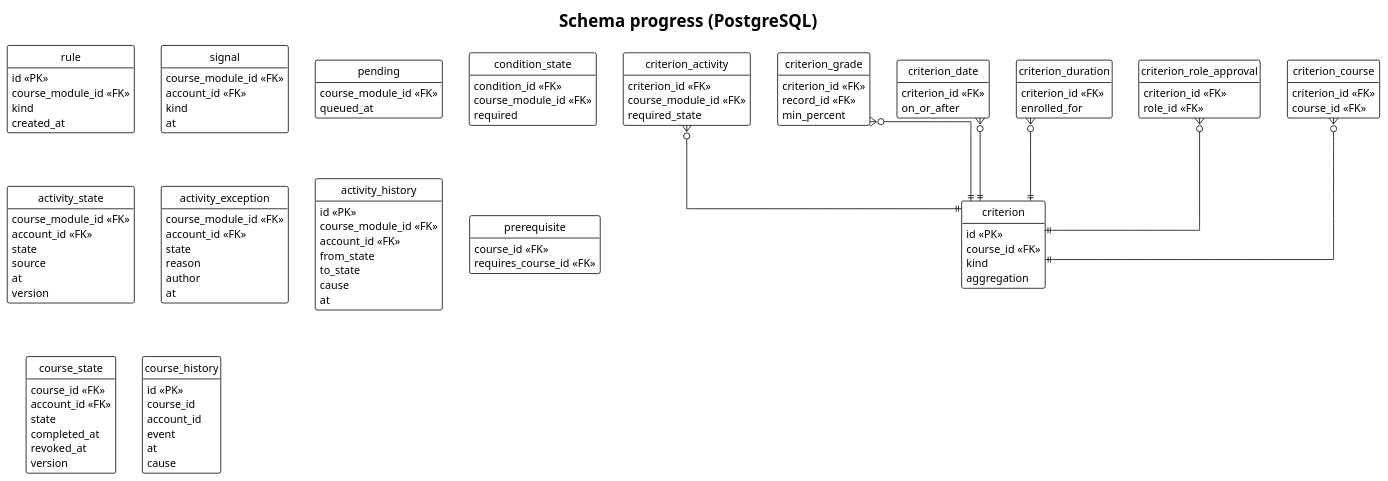
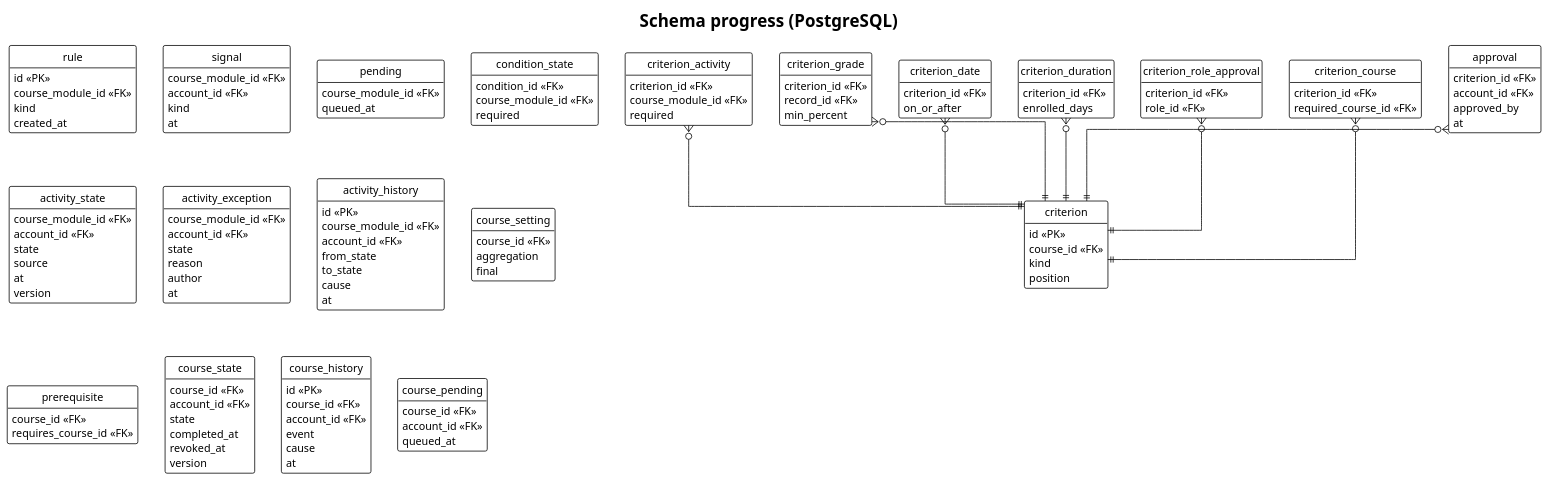
Before and after one commit to didactika/kampus: the diagram in docs/03-design/data-model/progress.puml, drawn with PlantUML. The commit also changed 25 other files, not shown here.

```diff
--- a/docs/03-design/data-model/progress.puml
+++ b/docs/03-design/data-model/progress.puml
@@ -1,113 +1,130 @@
 @startuml
 !theme plain
 hide empty members
 hide circle
 skinparam linetype ortho
 title Schema progress (PostgreSQL)
 
 entity rule {
   id <<PK>>
   course_module_id <<FK>>
   kind
   created_at
 }
 entity signal {
   course_module_id <<FK>>
   account_id <<FK>>
   kind
   at
 }
 entity pending {
   course_module_id <<FK>>
   queued_at
 }
 entity condition_state {
   condition_id <<FK>>
   course_module_id <<FK>>
   required
 }
 entity activity_state {
   course_module_id <<FK>>
   account_id <<FK>>
   state
   source
   at
   version
 }
 entity activity_exception {
   course_module_id <<FK>>
   account_id <<FK>>
   state
   reason
   author
   at
 }
 entity activity_history {
   id <<PK>>
   course_module_id <<FK>>
   account_id <<FK>>
   from_state
   to_state
   cause
   at
 }
+entity course_setting {
+  course_id <<FK>>
+  aggregation
+  final
+}
 entity criterion {
   id <<PK>>
   course_id <<FK>>
   kind
-  aggregation
+  position
 }
 entity criterion_activity {
   criterion_id <<FK>>
   course_module_id <<FK>>
-  required_state
+  required
 }
 entity criterion_grade {
   criterion_id <<FK>>
   record_id <<FK>>
   min_percent
 }
 entity criterion_date {
   criterion_id <<FK>>
   on_or_after
 }
 entity criterion_duration {
   criterion_id <<FK>>
-  enrolled_for
+  enrolled_days
 }
 entity criterion_role_approval {
   criterion_id <<FK>>
   role_id <<FK>>
 }
 entity criterion_course {
   criterion_id <<FK>>
-  course_id <<FK>>
+  required_course_id <<FK>>
+}
+entity approval {
+  criterion_id <<FK>>
+  account_id <<FK>>
+  approved_by
+  at
 }
 entity prerequisite {
   course_id <<FK>>
   requires_course_id <<FK>>
 }
 entity course_state {
   course_id <<FK>>
   account_id <<FK>>
   state
   completed_at
   revoked_at
   version
 }
 entity course_history {
   id <<PK>>
-  course_id
-  account_id
+  course_id <<FK>>
+  account_id <<FK>>
   event
+  cause
   at
-  cause
+}
+entity course_pending {
+  course_id <<FK>>
+  account_id <<FK>>
+  queued_at
 }
 
 criterion_activity }o--|| criterion
 criterion_grade }o--|| criterion
 criterion_date }o--|| criterion
 criterion_duration }o--|| criterion
 criterion_role_approval }o--|| criterion
 criterion_course }o--|| criterion
+approval }o--|| criterion
 @enduml
```
